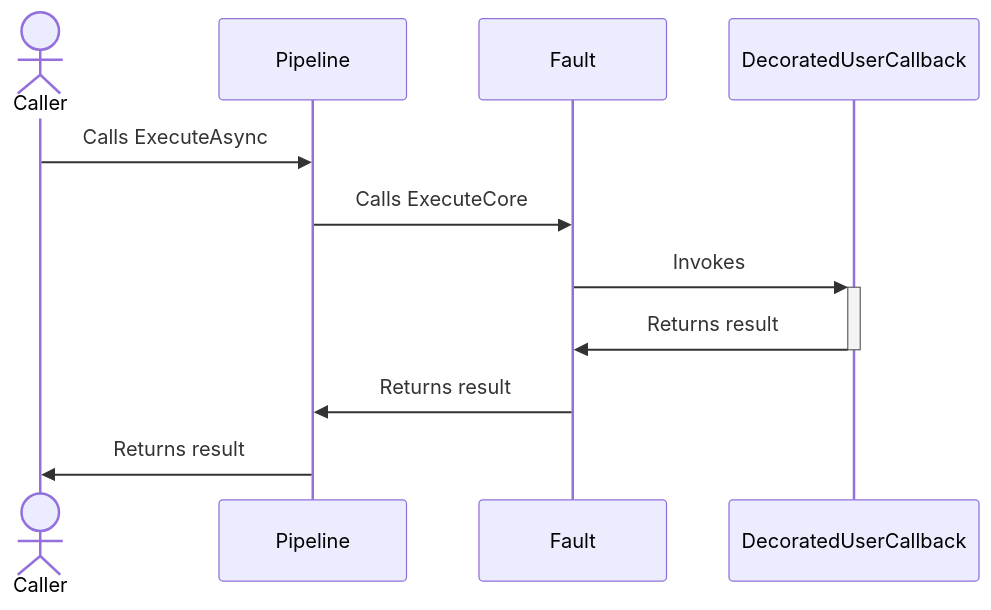
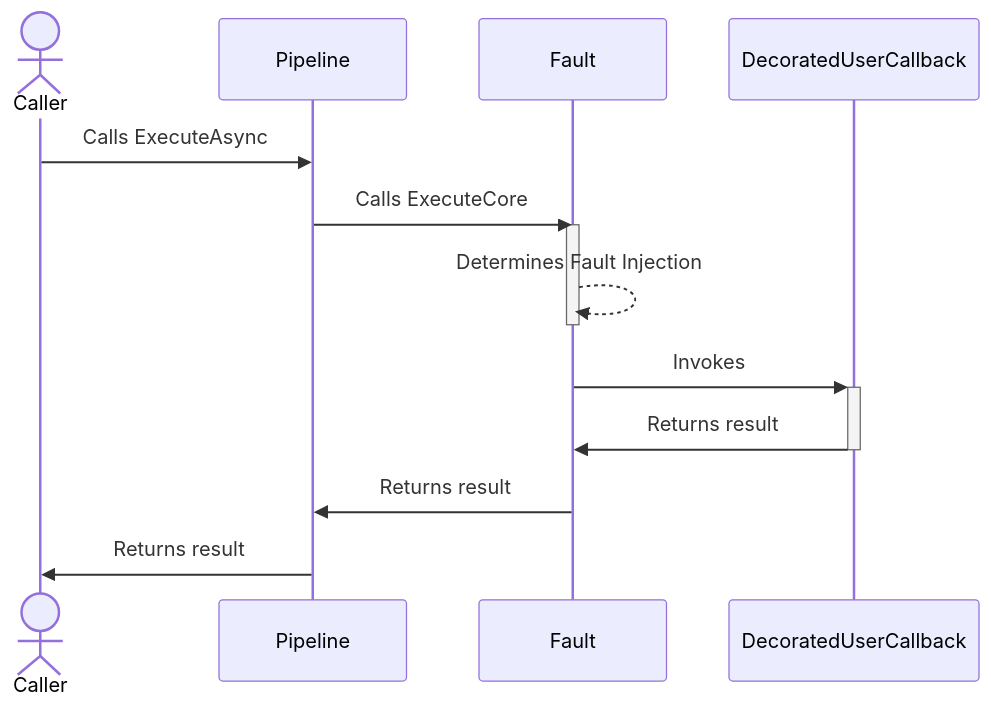
One commit to App-vNext/Polly changed the first of 2 diagrams in docs/chaos/fault.md. Above: the diagram before and after it, drawn with Mermaid. The commit also changed other lines of this file and 2 other files, not shown here.

````diff
--- a/docs/chaos/fault.md
+++ b/docs/chaos/fault.md
@@ -103,14 +103,17 @@
 ```mermaid
 sequenceDiagram
     actor C as Caller
     participant P as Pipeline
     participant F as Fault
     participant D as DecoratedUserCallback
 
     C->>P: Calls ExecuteAsync
     P->>F: Calls ExecuteCore
+    activate F
+    F-->>F: Determines Fault Injection
+    deactivate F
     F->>+D: Invokes
     D->>-F: Returns result
     F->>P: Returns result
     P->>C: Returns result
 ```
````
